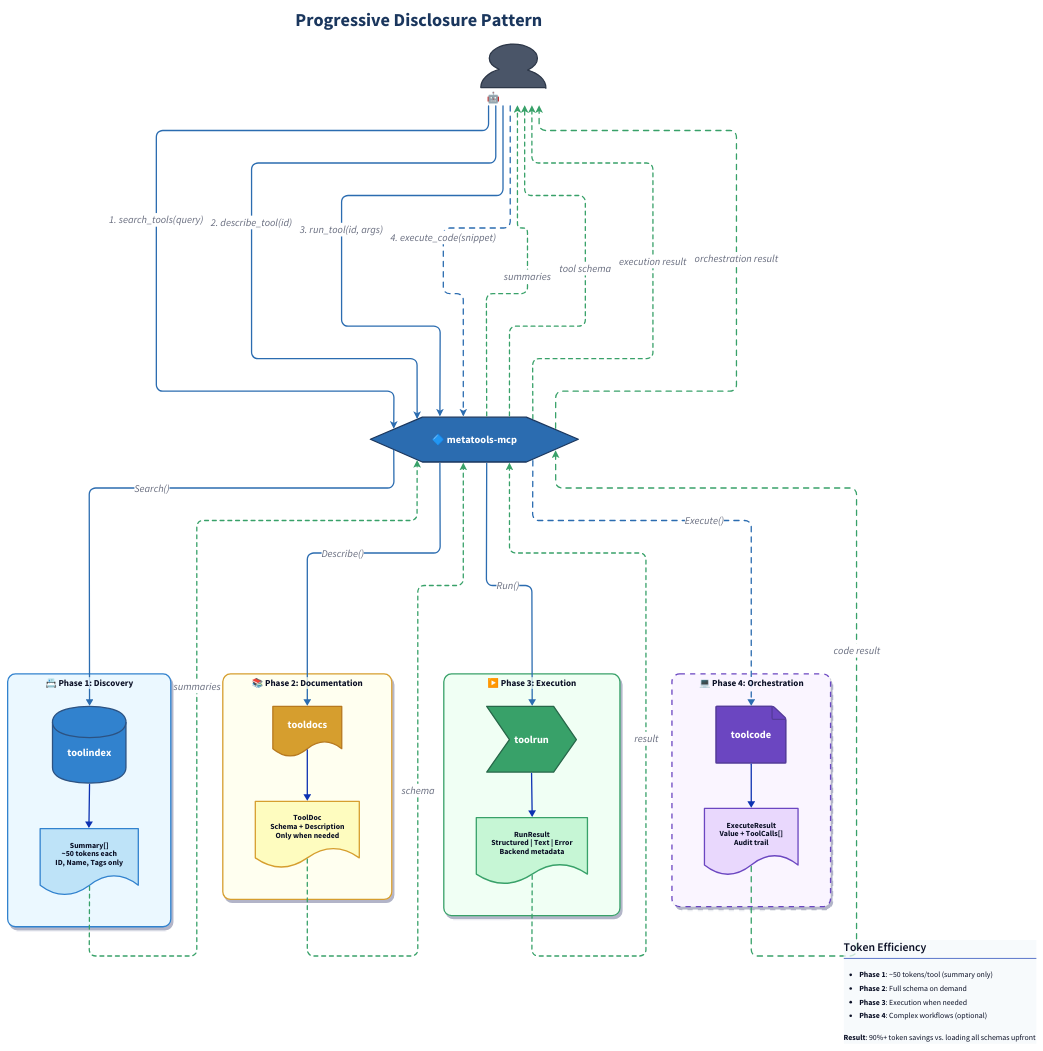
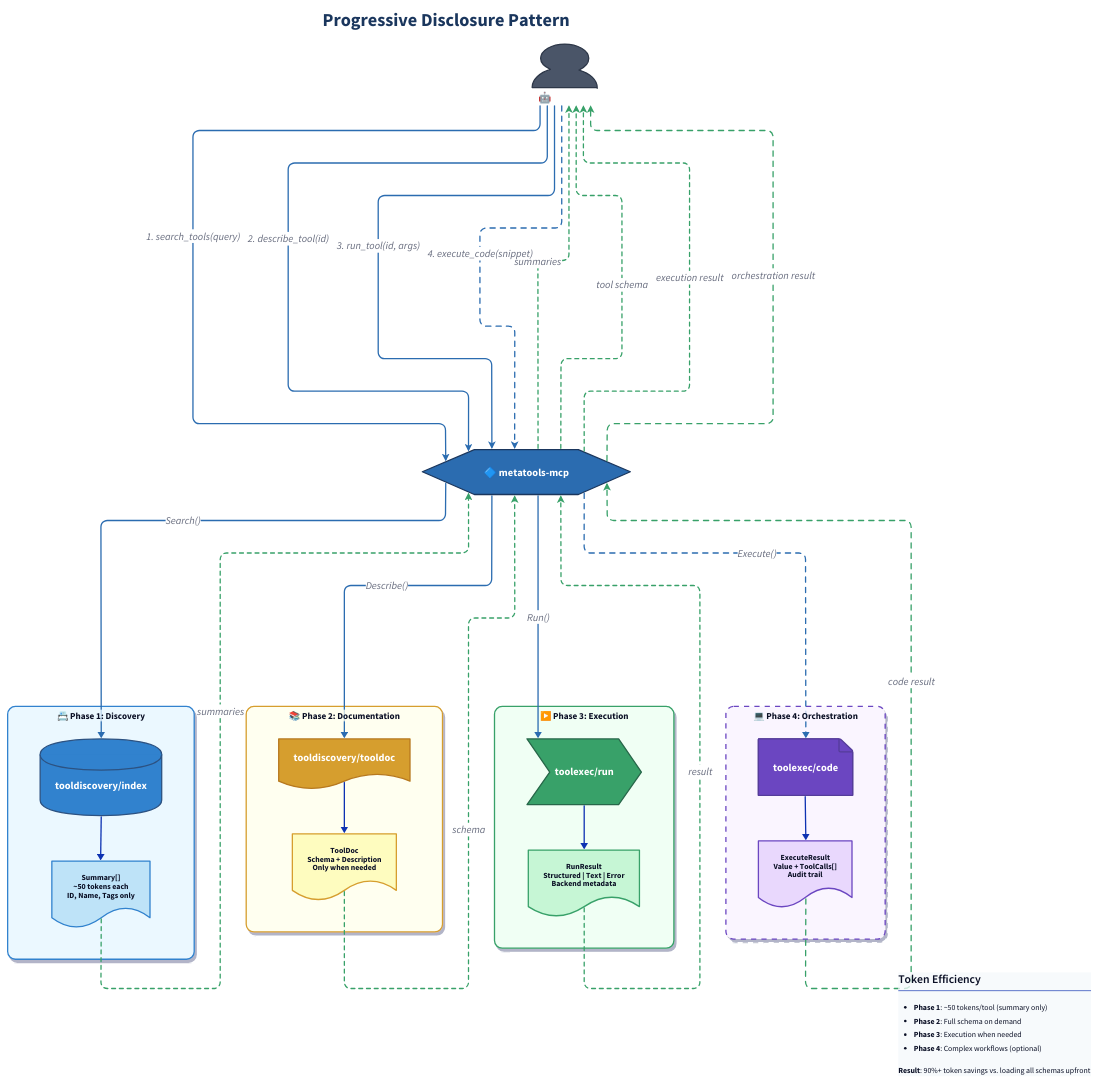
Before and after one commit to jonwraymond/ai-tools-stack: the diagram in docs/diagrams/progressive-disclosure.d2, drawn with D2. The commit also changed 30 other files, not shown here.

```diff
--- a/docs/diagrams/progressive-disclosure.d2
+++ b/docs/diagrams/progressive-disclosure.d2
@@ -121,7 +121,7 @@
     stroke: ${phase1-fill}
   }
 
-  toolindex: "toolindex" {
+  toolindex: "tooldiscovery/index" {
     shape: cylinder
     class: phase1-node
   }
@@ -146,7 +146,7 @@
     stroke: ${phase2-fill}
   }
 
-  tooldocs: "tooldocs" {
+  tooldocs: "tooldiscovery/tooldoc" {
     shape: document
     class: phase2-node
   }
@@ -171,7 +171,7 @@
     stroke: ${phase3-fill}
   }
 
-  toolrun: "toolrun" {
+  toolrun: "toolexec/run" {
     shape: step
     class: phase3-node
   }
@@ -197,7 +197,7 @@
     stroke-dash: 4
   }
 
-  toolcode: "toolcode" {
+  toolcode: "toolexec/code" {
     shape: page
     class: phase4-node
   }
```
